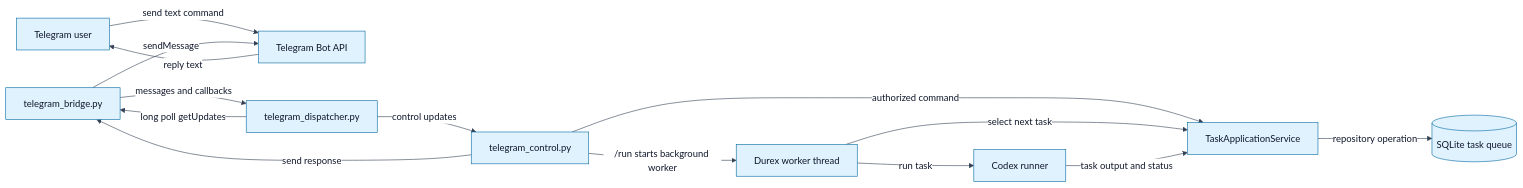
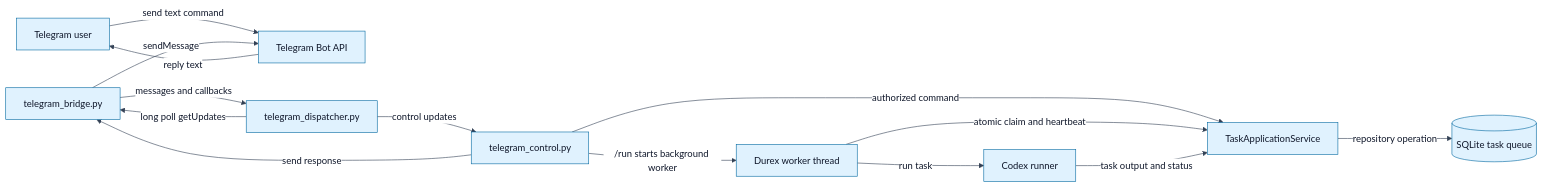
Before and after one commit to kinderp/durex: the first of 3 diagrams in docs/TELEGRAM_REMOTE_CONTROL.md, drawn with Mermaid. The commit also changed other lines of this file and 12 other files, not shown here.

````diff
--- a/docs/TELEGRAM_REMOTE_CONTROL.md
+++ b/docs/TELEGRAM_REMOTE_CONTROL.md
@@ -38,27 +38,27 @@
 ```mermaid
 %%{init: {"theme":"base","themeVariables":{"background":"#ffffff","primaryColor":"#e0f2fe","primaryTextColor":"#0f172a","primaryBorderColor":"#0369a1","lineColor":"#334155","secondaryColor":"#dcfce7","secondaryTextColor":"#0f172a","secondaryBorderColor":"#15803d","tertiaryColor":"#fef3c7","tertiaryTextColor":"#0f172a","tertiaryBorderColor":"#b45309","edgeLabelBackground":"#ffffff","clusterBkg":"#f8fafc","clusterBorder":"#cbd5e1","fontFamily":"Arial, sans-serif"}}}%%
 flowchart LR
     User[Telegram user]
     Telegram[Telegram Bot API]
     Bridge[telegram_bridge.py]
     Dispatcher[telegram_dispatcher.py]
     Control[telegram_control.py]
     Service[TaskApplicationService]
     Queue[(SQLite task queue)]
     Worker[Durex worker thread]
     Runner[Codex runner]
 
     User -->|send text command| Telegram
     Dispatcher -->|long poll getUpdates| Bridge
     Bridge -->|messages and callbacks| Dispatcher
     Dispatcher -->|control updates| Control
     Control -->|authorized command| Service
     Service -->|repository operation| Queue
     Control -->|/run starts background worker| Worker
-    Worker -->|select next task| Service
+    Worker -->|atomic claim and heartbeat| Service
     Worker -->|run task| Runner
     Runner -->|task output and status| Service
     Control -->|send response| Bridge
     Bridge -->|sendMessage| Telegram
     Telegram -->|reply text| User
 ```
````
